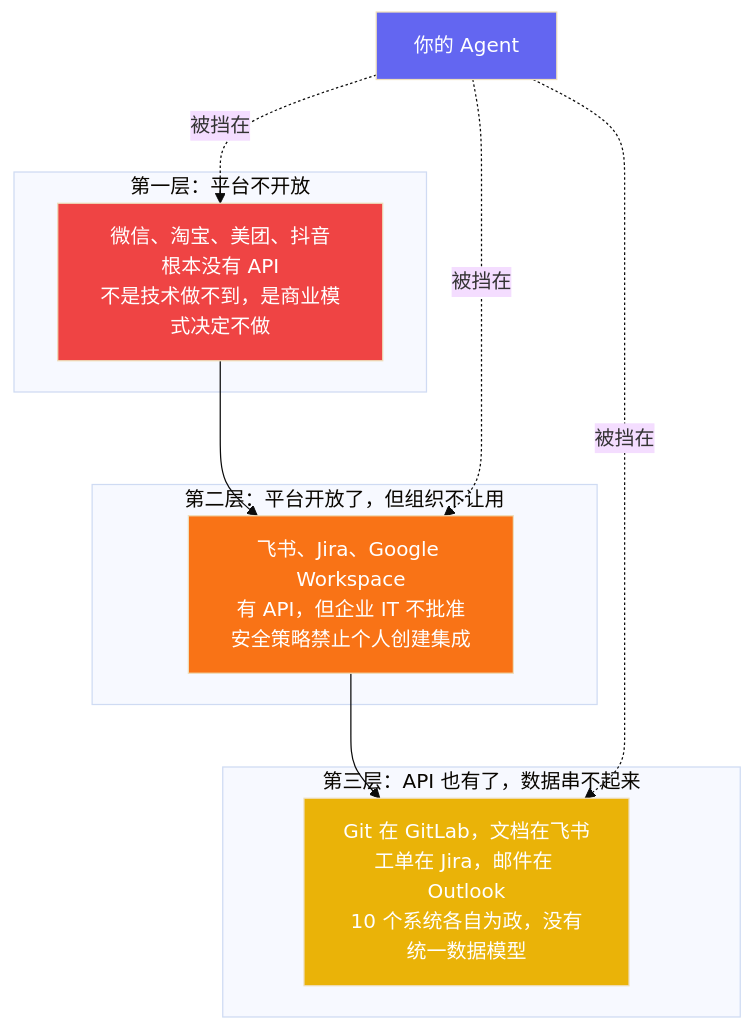
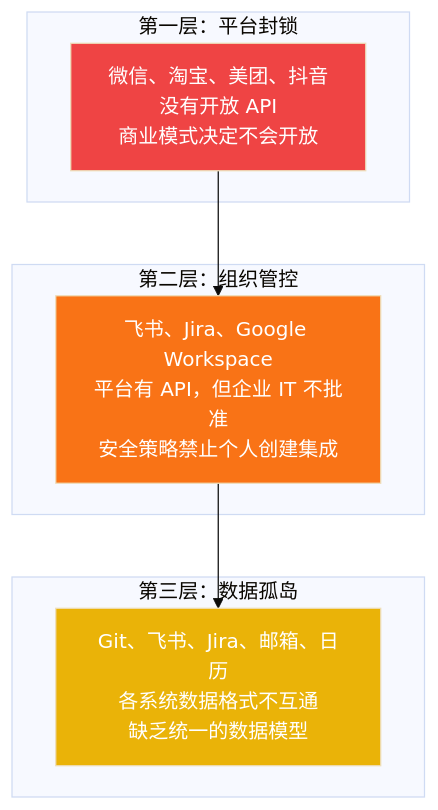
One commit to Trashwbin/quill changed the third of 5 diagrams in content/zh/posts/agent-bottleneck-data-sovereignty.md. Above: the diagram before and after it, drawn with Mermaid (base theme). The commit also changed other lines of this file, not shown here.

````diff
--- a/content/zh/posts/agent-bottleneck-data-sovereignty.md
+++ b/content/zh/posts/agent-bottleneck-data-sovereignty.md
@@ -48,26 +64,20 @@
 ```mermaid
 graph TB
-    subgraph "第一层：平台不开放"
-        W1["微信、淘宝、美团、抖音<br/>根本没有 API<br/>不是技术做不到，是商业模式决定不做"]
+    subgraph "第一层：平台封锁"
+        W1["微信、淘宝、美团、抖音<br/>没有开放 API<br/>商业模式决定不会开放"]
     end
     
-    subgraph "第二层：平台开放了，但组织不让用"
-        W2["飞书、Jira、Google Workspace<br/>有 API，但企业 IT 不批准<br/>安全策略禁止个人创建集成"]
+    subgraph "第二层：组织管控"
+        W2["飞书、Jira、Google Workspace<br/>平台有 API，但企业 IT 不批准<br/>安全策略禁止个人创建集成"]
     end
     
-    subgraph "第三层：API 也有了，数据串不起来"
-        W3["Git 在 GitLab，文档在飞书<br/>工单在 Jira，邮件在 Outlook<br/>10 个系统各自为政，没有统一数据模型"]
+    subgraph "第三层：数据孤岛"
+        W3["Git、飞书、Jira、邮箱、日历<br/>各系统数据格式不互通<br/>缺乏统一的数据模型"]
     end
     
     W1 --> W2 --> W3
     
-    Agent["你的 Agent"]
-    Agent -.->|"被挡在"| W1
-    Agent -.->|"被挡在"| W2
-    Agent -.->|"被挡在"| W3
-    
     style W1 fill:#ef4444,color:#fff
     style W2 fill:#f97316,color:#fff
     style W3 fill:#eab308,color:#fff
-    style Agent fill:#6366f1,color:#fff
 ```
````
